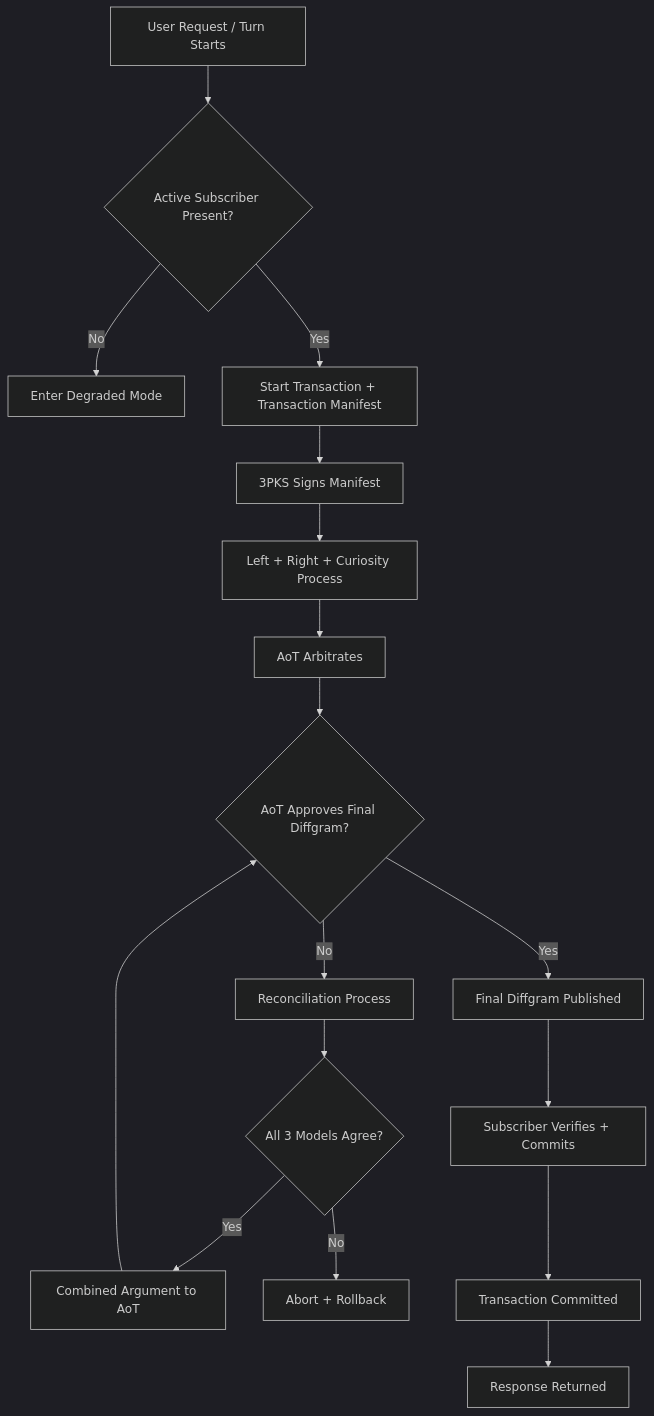
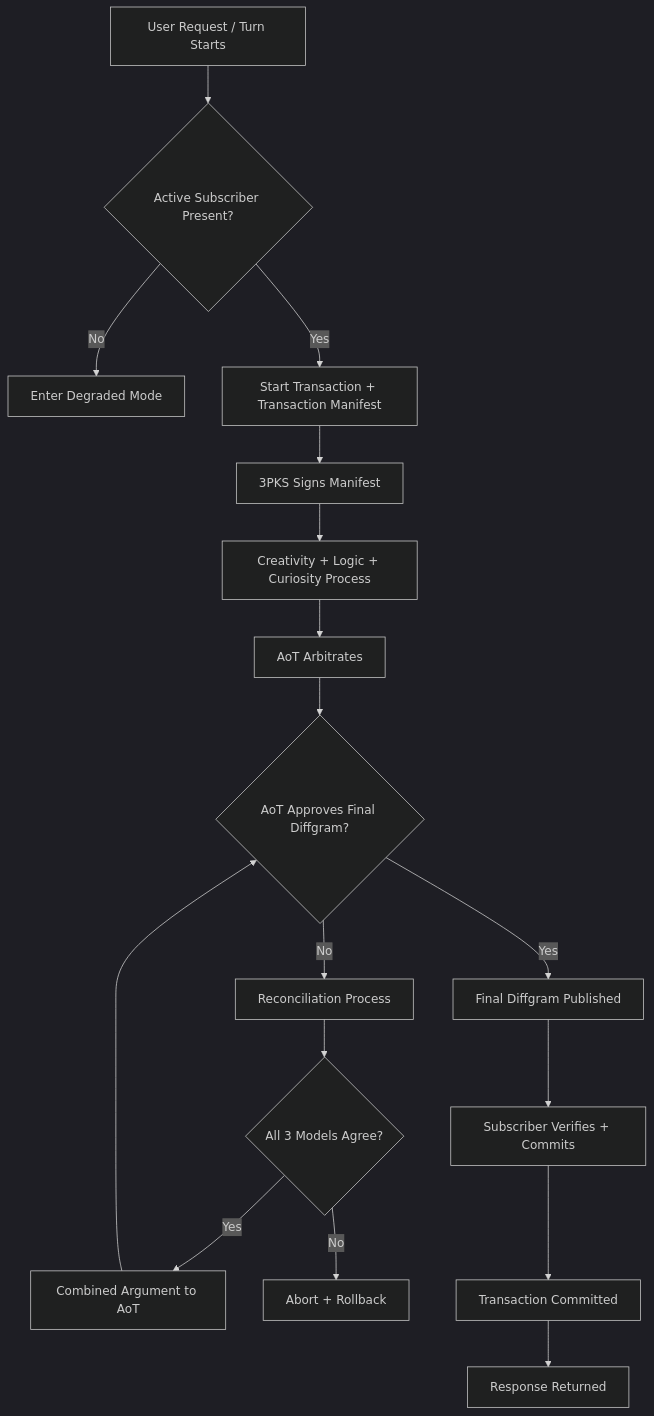
The first of 6 diagrams in docs/Project/Quad-Model-Transactional-Diffgram-Plan.md (sharpninja/McpServer), drawn with Mermaid (dark theme) before and after one commit. The commit also changed other lines of this file and 39 other files, not shown here.

````diff
--- a/docs/Project/Quad-Model-Transactional-Diffgram-Plan.md
+++ b/docs/Project/Quad-Model-Transactional-Diffgram-Plan.md
@@ -60,19 +60,19 @@
 ```mermaid
 flowchart TD
     A[User Request / Turn Starts] --> B{Active Subscriber Present?}
     B -->|No| C[Enter Degraded Mode]
     B -->|Yes| D[Start Transaction + Transaction Manifest]
     D --> E[3PKS Signs Manifest]
-    E --> F[Left + Right + Curiosity Process]
+    E --> F[Creativity + Logic + Curiosity Process]
     F --> G[AoT Arbitrates]
     G --> H{AoT Approves Final Diffgram?}
     H -->|No| I[Reconciliation Process]
     I --> J{All 3 Models Agree?}
     J -->|Yes| K[Combined Argument to AoT]
     J -->|No| L[Abort + Rollback]
     K --> H
     H -->|Yes| M[Final Diffgram Published]
     M --> N[Subscriber Verifies + Commits]
     N --> O[Transaction Committed]
     O --> P[Response Returned]
 ```
````
